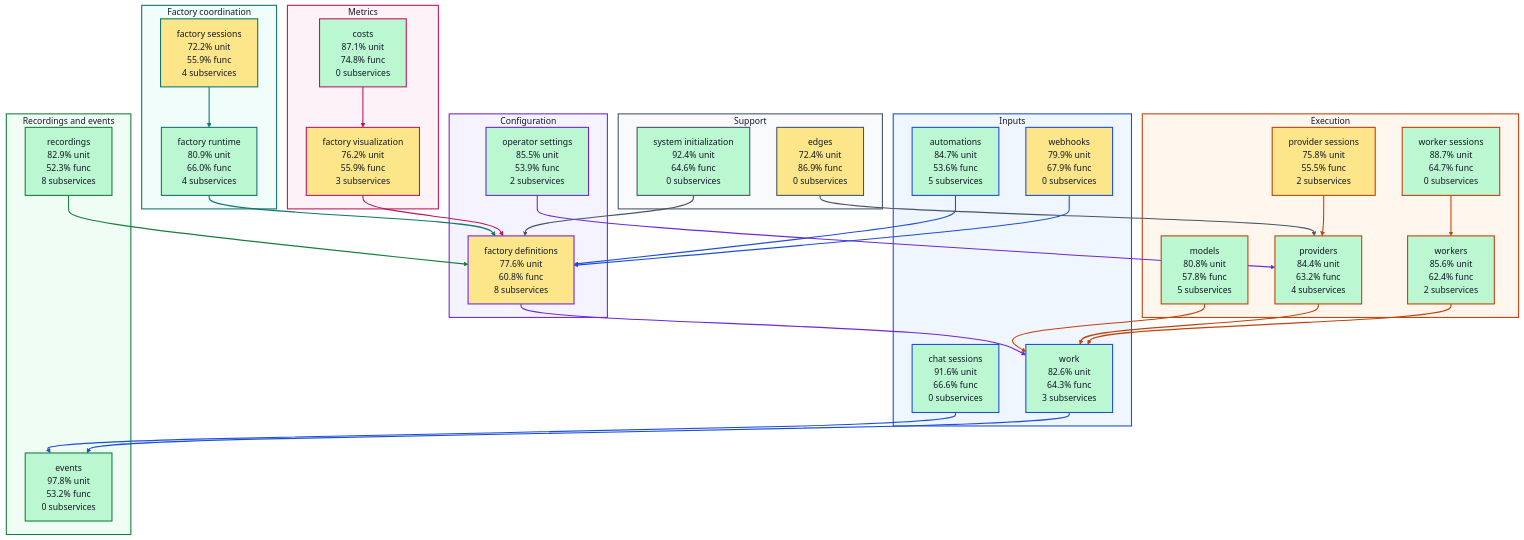
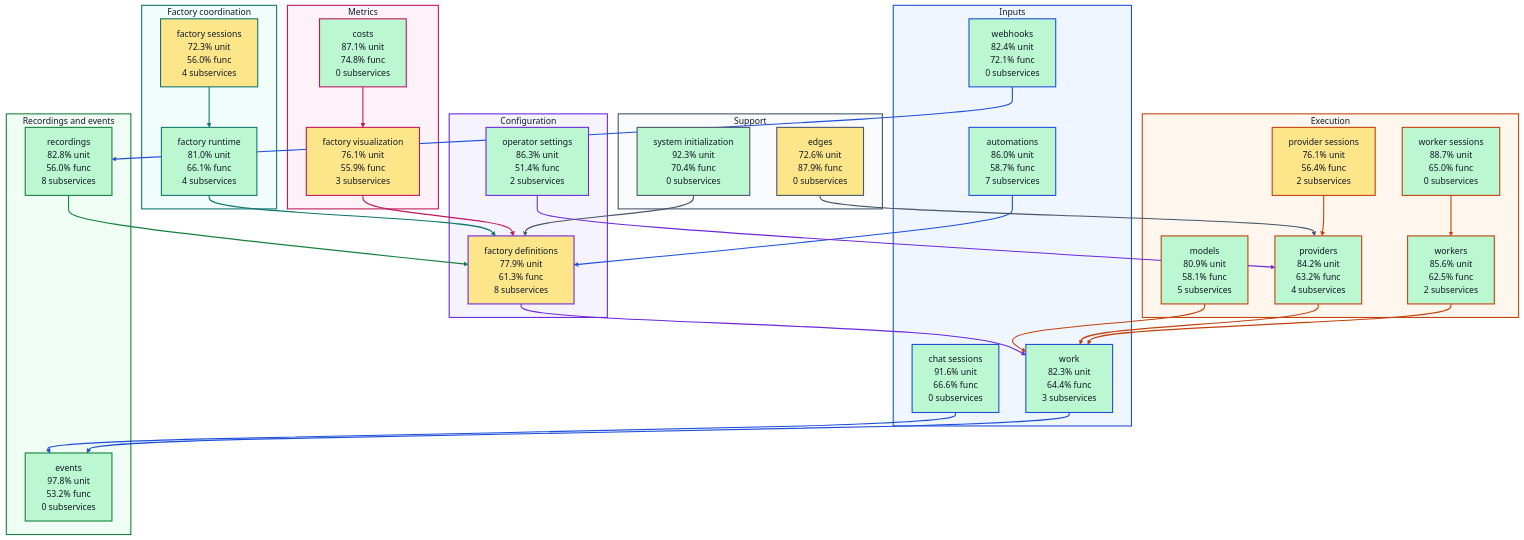
Before and after one commit to portpowered/you-agent-factory: the diagram in docs/architecture/visualizations/high-level-test-coverage.md, drawn with Mermaid. The commit also changed other lines of this file and 20 other files, not shown here.

Commit message:
docs: refresh backend architecture visualizations

````diff
--- a/docs/architecture/visualizations/high-level-test-coverage.md
+++ b/docs/architecture/visualizations/high-level-test-coverage.md
@@ -11,37 +11,37 @@
 ```mermaid
 flowchart TB
   subgraph input["Inputs"]
-    s_services_automations["automations<br/>84.7% unit<br/>53.6% func<br/>5 subservices"]
+    s_services_automations["automations<br/>86.0% unit<br/>58.7% func<br/>7 subservices"]
     s_services_chat_sessions["chat sessions<br/>91.6% unit<br/>66.6% func<br/>0 subservices"]
-    s_services_webhooks["webhooks<br/>79.9% unit<br/>67.9% func<br/>0 subservices"]
-    s_services_work["work<br/>82.6% unit<br/>64.3% func<br/>3 subservices"]
+    s_services_webhooks["webhooks<br/>82.4% unit<br/>72.1% func<br/>0 subservices"]
+    s_services_work["work<br/>82.3% unit<br/>64.4% func<br/>3 subservices"]
   end
   subgraph configuration["Configuration"]
-    s_services_factory_definitions["factory definitions<br/>77.6% unit<br/>60.8% func<br/>8 subservices"]
-    s_services_operator_settings["operator settings<br/>85.5% unit<br/>53.9% func<br/>2 subservices"]
+    s_services_factory_definitions["factory definitions<br/>77.9% unit<br/>61.3% func<br/>8 subservices"]
+    s_services_operator_settings["operator settings<br/>86.3% unit<br/>51.4% func<br/>2 subservices"]
   end
   subgraph coordination["Factory coordination"]
-    s_services_factory_runtime["factory runtime<br/>80.9% unit<br/>66.0% func<br/>4 subservices"]
-    s_services_factory_sessions["factory sessions<br/>72.2% unit<br/>55.9% func<br/>4 subservices"]
+    s_services_factory_runtime["factory runtime<br/>81.0% unit<br/>66.1% func<br/>4 subservices"]
+    s_services_factory_sessions["factory sessions<br/>72.3% unit<br/>56.0% func<br/>4 subservices"]
   end
   subgraph execution["Execution"]
-    s_services_models["models<br/>80.8% unit<br/>57.8% func<br/>5 subservices"]
-    s_services_provider_sessions["provider sessions<br/>75.8% unit<br/>55.5% func<br/>2 subservices"]
-    s_services_providers["providers<br/>84.4% unit<br/>63.2% func<br/>4 subservices"]
-    s_services_worker_sessions["worker sessions<br/>88.7% unit<br/>64.7% func<br/>0 subservices"]
-    s_services_workers["workers<br/>85.6% unit<br/>62.4% func<br/>2 subservices"]
+    s_services_models["models<br/>80.9% unit<br/>58.1% func<br/>5 subservices"]
+    s_services_provider_sessions["provider sessions<br/>76.1% unit<br/>56.4% func<br/>2 subservices"]
+    s_services_providers["providers<br/>84.2% unit<br/>63.2% func<br/>4 subservices"]
+    s_services_worker_sessions["worker sessions<br/>88.7% unit<br/>65.0% func<br/>0 subservices"]
+    s_services_workers["workers<br/>85.6% unit<br/>62.5% func<br/>2 subservices"]
   end
   subgraph recordings["Recordings and events"]
     s_services_events["events<br/>97.8% unit<br/>53.2% func<br/>0 subservices"]
-    s_services_recordings["recordings<br/>82.9% unit<br/>52.3% func<br/>8 subservices"]
+    s_services_recordings["recordings<br/>82.8% unit<br/>56.0% func<br/>8 subservices"]
   end
   subgraph metrics["Metrics"]
     s_services_costs["costs<br/>87.1% unit<br/>74.8% func<br/>0 subservices"]
-    s_services_factory_visualization["factory visualization<br/>76.2% unit<br/>55.9% func<br/>3 subservices"]
+    s_services_factory_visualization["factory visualization<br/>76.1% unit<br/>55.9% func<br/>3 subservices"]
   end
   subgraph support["Support"]
-    s_services_edges["edges<br/>72.4% unit<br/>86.9% func<br/>0 subservices"]
-    s_services_system_initialization["system initialization<br/>92.4% unit<br/>64.6% func<br/>0 subservices"]
+    s_services_edges["edges<br/>72.6% unit<br/>87.9% func<br/>0 subservices"]
+    s_services_system_initialization["system initialization<br/>92.3% unit<br/>70.4% func<br/>0 subservices"]
   end
   s_services_automations --> s_services_factory_definitions
   s_services_chat_sessions --> s_services_events
@@ -57,7 +57,7 @@
   s_services_providers --> s_services_work
   s_services_recordings --> s_services_factory_definitions
   s_services_system_initialization --> s_services_factory_definitions
-  s_services_webhooks --> s_services_factory_definitions
+  s_services_webhooks --> s_services_recordings
   s_services_work --> s_services_events
   s_services_worker_sessions --> s_services_workers
   s_services_workers --> s_services_work
@@ -76,7 +76,7 @@
   style s_services_providers fill:#bbf7d0,stroke:#c2410c,stroke-width:2px,color:#111827
   style s_services_recordings fill:#bbf7d0,stroke:#15803d,stroke-width:2px,color:#111827
   style s_services_system_initialization fill:#bbf7d0,stroke:#475569,stroke-width:2px,color:#111827
-  style s_services_webhooks fill:#fde68a,stroke:#1d4ed8,stroke-width:2px,color:#111827
+  style s_services_webhooks fill:#bbf7d0,stroke:#1d4ed8,stroke-width:2px,color:#111827
   style s_services_work fill:#bbf7d0,stroke:#1d4ed8,stroke-width:2px,color:#111827
   style s_services_worker_sessions fill:#bbf7d0,stroke:#c2410c,stroke-width:2px,color:#111827
   style s_services_workers fill:#bbf7d0,stroke:#c2410c,stroke-width:2px,color:#111827
````
